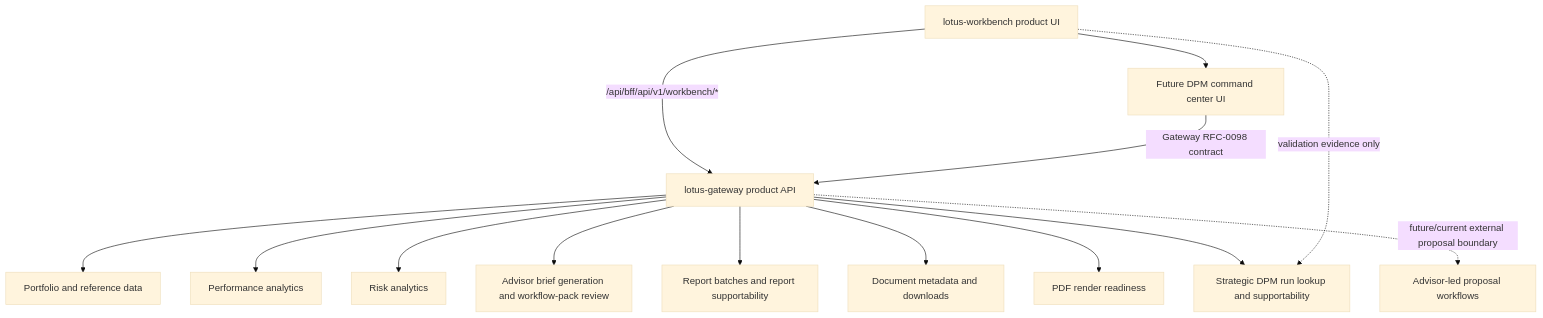
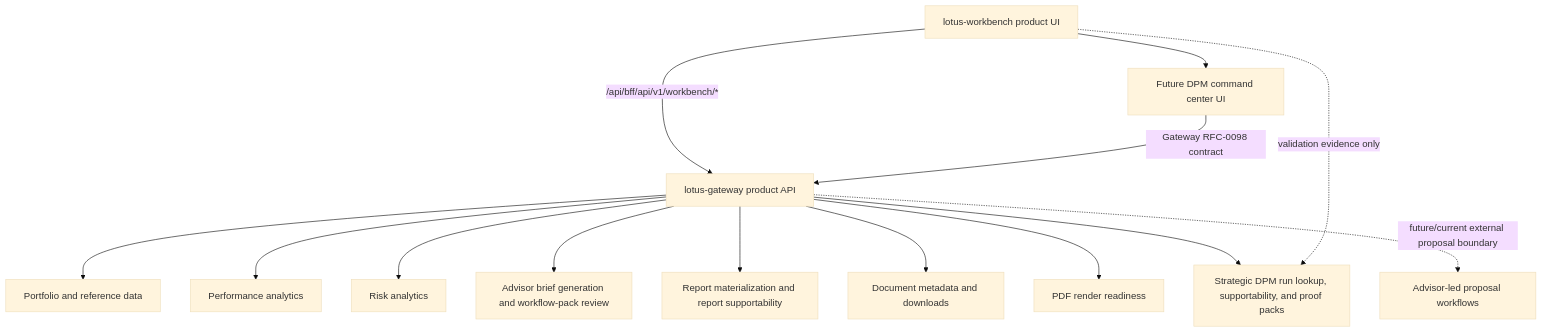
The diagram in wiki/Integrations.md (sgajbi/advisor-workbench), drawn with Mermaid (base theme) before and after one commit. The commit also changed other lines of this file and 5 other files, not shown here.

````diff
--- a/wiki/Integrations.md
+++ b/wiki/Integrations.md
@@ -71,29 +73,29 @@
 ```mermaid
 flowchart TB
   Workbench[lotus-workbench product UI]
   Gateway[lotus-gateway product API]
   Core[Portfolio and reference data]
   Performance[Performance analytics]
   Risk[Risk analytics]
   AI[Advisor brief generation and workflow-pack review]
-  Report[Report batches and report supportability]
+  Report[Report materialization and report supportability]
   Archive[Document metadata and downloads]
   Render[PDF render readiness]
-  Manage[Strategic DPM run lookup and supportability]
+  Manage[Strategic DPM run lookup, supportability, and proof packs]
   Advise[Advisor-led proposal workflows]
   DpmCenter[Future DPM command center UI]
 
   Workbench -->|/api/bff/api/v1/workbench/*| Gateway
   Workbench --> DpmCenter
   DpmCenter -->|Gateway RFC-0098 contract| Gateway
   Gateway --> Core
   Gateway --> Performance
   Gateway --> Risk
   Gateway --> AI
   Gateway --> Report
   Gateway --> Archive
   Gateway --> Render
   Gateway --> Manage
   Gateway -. future/current external proposal boundary .-> Advise
   Workbench -. validation evidence only .-> Manage
 ```
````
